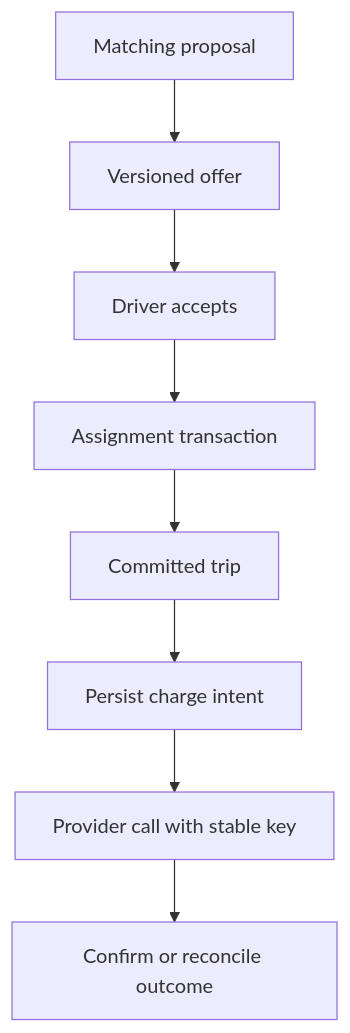
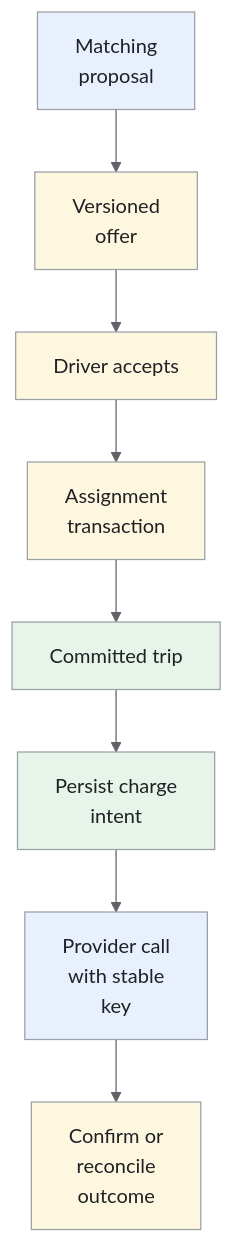
Before and after one commit to iliazlobin/iliazlobin.github.io: the fifth of 5 diagrams in _designs/system-design-uber.md, drawn with Mermaid. The commit also changed other lines of this file and 131 other files, not shown here.

````diff
--- a/_designs/system-design-uber.md
+++ b/_designs/system-design-uber.md
@@ -293,10 +409,18 @@
 ```mermaid
+%%{init: {"theme":"base","themeVariables":{"primaryColor":"#e8f0fe","primaryBorderColor":"#9aa0a6","primaryTextColor":"#202124","secondaryColor":"#e6f4ea","tertiaryColor":"#fef7e0","lineColor":"#5f6368","actorBkg":"#e8f0fe","actorBorder":"#9aa0a6","actorTextColor":"#202124","noteBkgColor":"#fef7e0","noteBorderColor":"#9aa0a6","noteTextColor":"#202124","signalColor":"#5f6368","signalTextColor":"#202124"}}}%%
 flowchart TB
-  M["Matching proposal"] --> O["Versioned offer"]
+  M["Matching<br>proposal"] --> O["Versioned<br>offer"]
   O --> A["Driver accepts"]
-  A --> T["Assignment transaction"]
+  A --> T["Assignment<br>transaction"]
   T --> R["Committed trip"]
-  R --> P["Persist charge intent"]
-  P --> C["Provider call with stable key"]
-  C --> Q["Confirm or reconcile outcome"]
+  R --> P["Persist charge<br>intent"]
+  P --> C["Provider call<br>with stable<br>key"]
+  C --> Q["Confirm or<br>reconcile<br>outcome"]
+classDef request fill:#e8f0fe,stroke:#9aa0a6,color:#202124;
+classDef data fill:#e6f4ea,stroke:#9aa0a6,color:#202124;
+classDef control fill:#fef7e0,stroke:#9aa0a6,color:#202124;
+class M,C request;
+class R,P data;
+class O,A,T,Q control;
+
 ```
````
